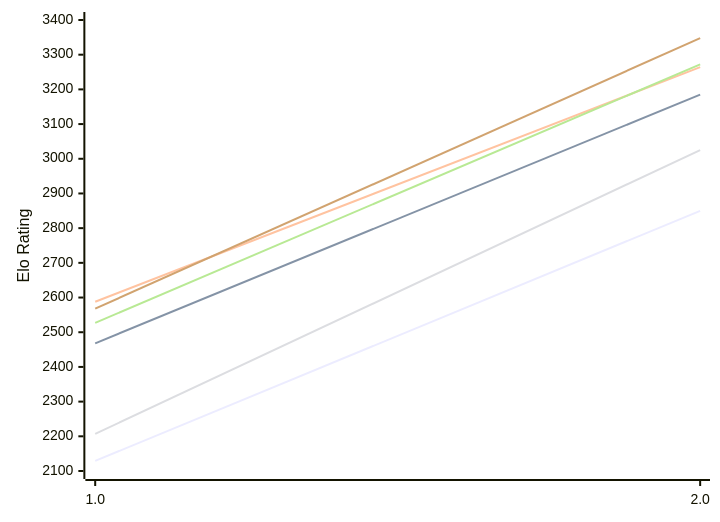
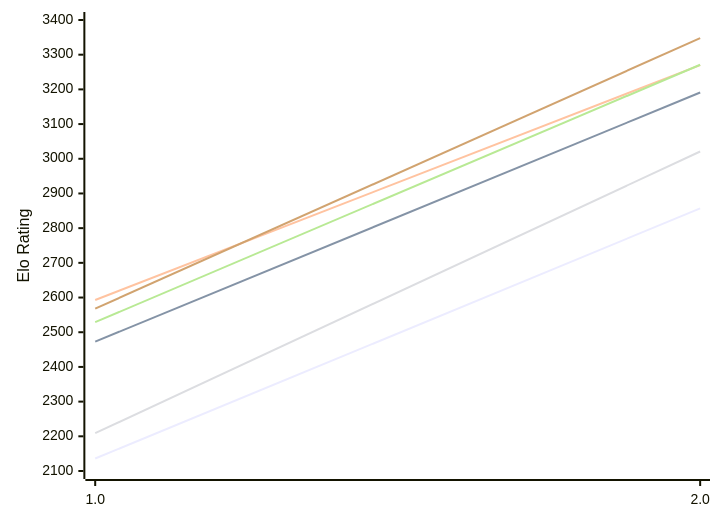
Before and after one commit to computer-chess-index/cci: the diagram in engines/Scarlet.md, drawn with Mermaid. The commit also changed other lines of this file, not shown here.

Commit message:
Update CCI Ratings (ELO VLTC) - 2026-11-10

````diff
--- a/engines/Scarlet.md
+++ b/engines/Scarlet.md
@@ -49,12 +49,12 @@
 ```mermaid
 %%{init: {"theme":"base","themeVariables":{"seriesColors:['#a3a3a3','#222221','#faa371']}}}%%
 xychart-beta
   x-axis ["1.0", "2.0"]
   y-axis "Elo Rating" 2100 --> 3400
-  line "E1: STC (8.0+0.08s)" [2129, 2850]
-  line "E1: LTC (60.0+0.60s)" [2468, 3185]
-  line "E1: VLTC (2m24s+1.12s)" [2588, 3264]
-  line "P1: STC (8.0+0.08s)" [2207, 3025]
-  line "P1: LTC (60.0+0.60s)" [2527, 3272]
+  line "E1: STC (8.0+0.08s)" [2136, 2857]
+  line "E1: LTC (60.0+0.60s)" [2473, 3191]
+  line "E1: VLTC (2m24s+1.12s)" [2593, 3270]
+  line "P1: STC (8.0+0.08s)" [2209, 3021]
+  line "P1: LTC (60.0+0.60s)" [2529, 3271]
   line "P1: VLTC (2m24s+1.12s)" [2568, 3348]
 ```
````
